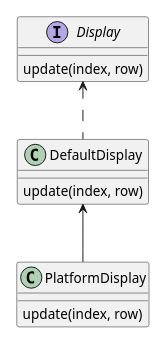
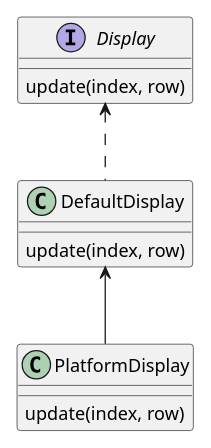
One commit to ThorstenEckstein/programmierung2-W3WI-109-ss24 changed the diagram in module-classes/docs/diagrams/override.puml. Above: the diagram before and after it, drawn with PlantUML. The commit also changed 11 other files, not shown here.

```diff
--- a/module-classes/docs/diagrams/override.puml
+++ b/module-classes/docs/diagrams/override.puml
@@ -1,19 +1,19 @@
 @startuml
 'https://plantuml.com/class-diagram
 
-scale 0.6
+scale 0.8
 
 interface Display {
   update(index, row)
 }
 class DefaultDisplay {
   update(index, row)
 }
 class PlatformDisplay {
   update(index, row)
 }
 
 Display         <..   DefaultDisplay
 DefaultDisplay  <--   PlatformDisplay
 
 @enduml
```
